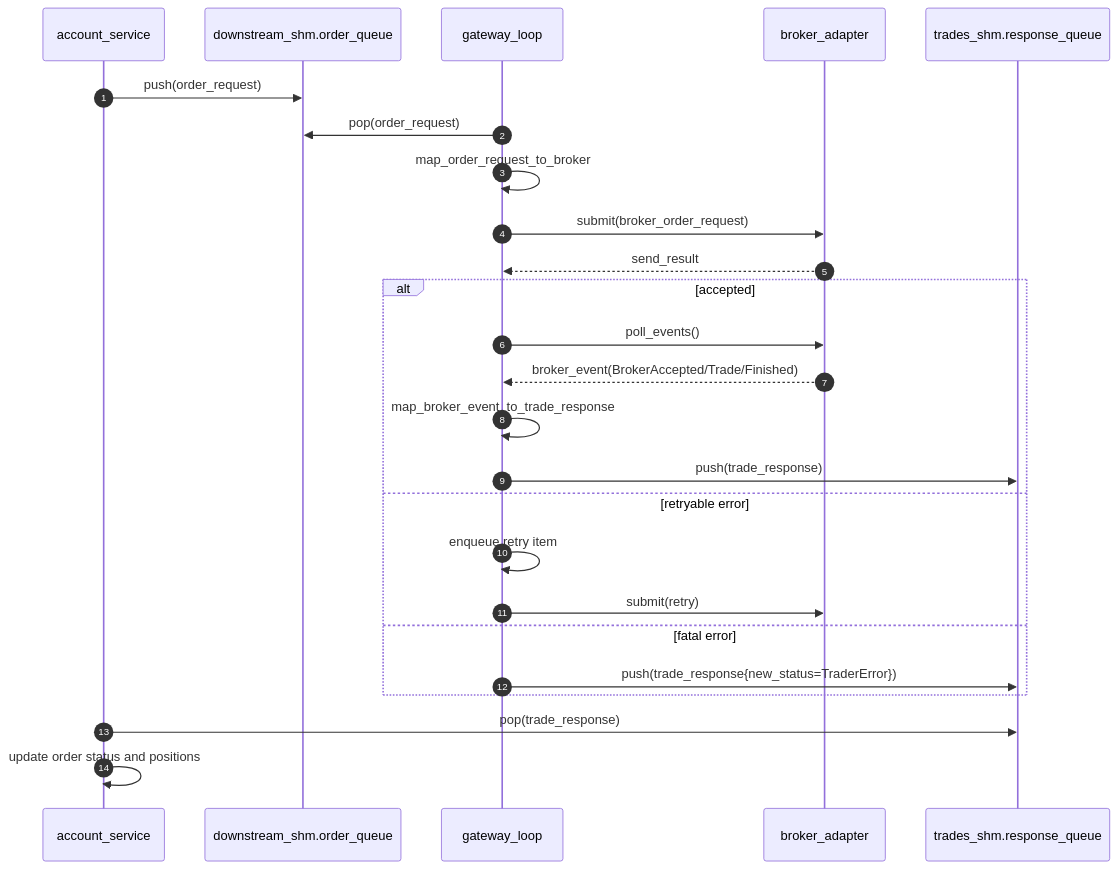
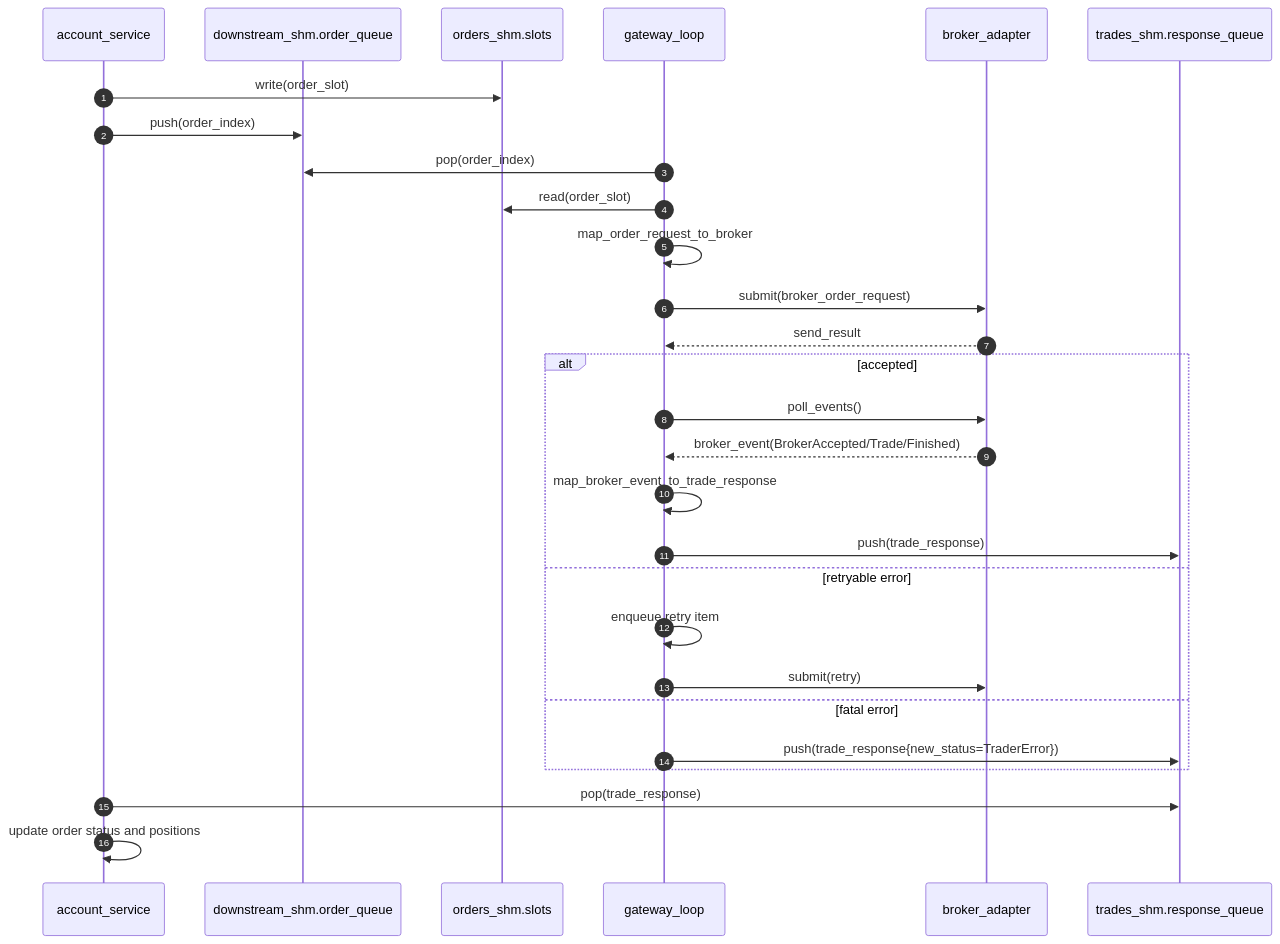
The diagram in gateway/docs/gateway_sequence.mmd (monstersama/account_services), drawn with Mermaid before and after one commit. The commit also changed other lines of this file and 48 other files, not shown here.

```diff
--- a/gateway/docs/gateway_sequence.mmd
+++ b/gateway/docs/gateway_sequence.mmd
@@ -1,28 +1,31 @@
 sequenceDiagram
     autonumber
     participant AS as account_service
     participant DS as downstream_shm.order_queue
+    participant OP as orders_shm.slots
     participant GW as gateway_loop
     participant AD as broker_adapter
     participant TS as trades_shm.response_queue
 
-    AS->>DS: push(order_request)
-    GW->>DS: pop(order_request)
+    AS->>OP: write(order_slot)
+    AS->>DS: push(order_index)
+    GW->>DS: pop(order_index)
+    GW->>OP: read(order_slot)
     GW->>GW: map_order_request_to_broker
     GW->>AD: submit(broker_order_request)
     AD-->>GW: send_result
 
     alt accepted
         GW->>AD: poll_events()
         AD-->>GW: broker_event(BrokerAccepted/Trade/Finished)
         GW->>GW: map_broker_event_to_trade_response
         GW->>TS: push(trade_response)
     else retryable error
         GW->>GW: enqueue retry item
         GW->>AD: submit(retry)
     else fatal error
         GW->>TS: push(trade_response{new_status=TraderError})
     end
 
     AS->>TS: pop(trade_response)
     AS->>AS: update order status and positions
```
